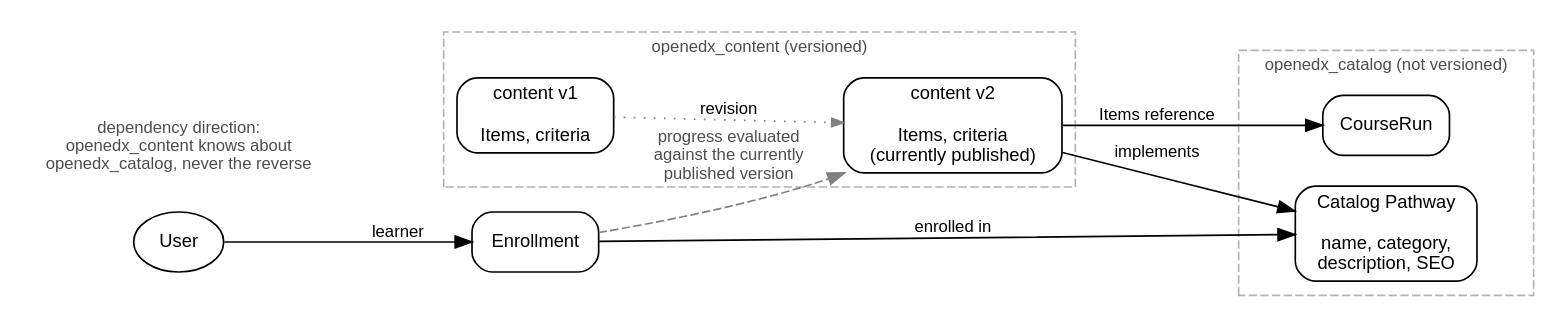
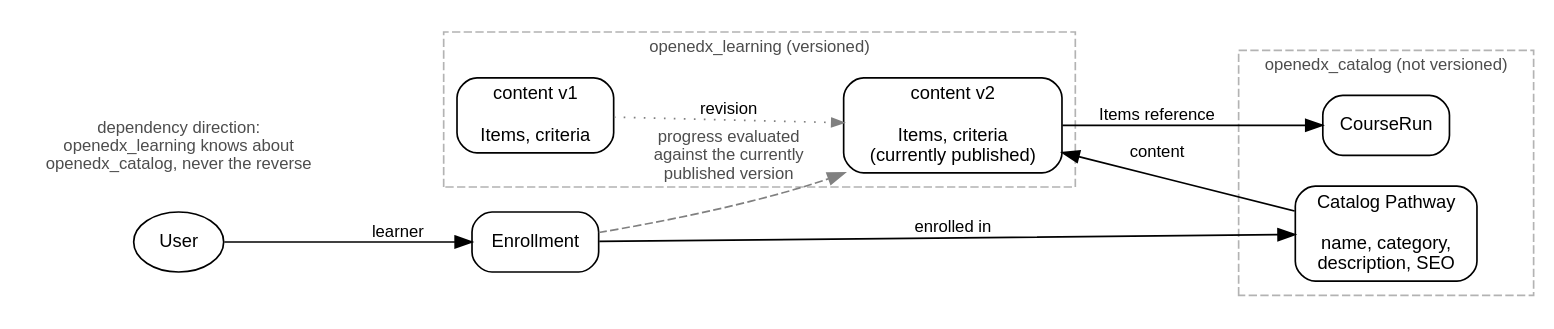
The diagram in docs/openedx_learning/decisions/images/pathway-catalog-content.dot (openedx/openedx-core), drawn with Graphviz before and after one commit. The commit also changed 8 other files, not shown here.

```diff
--- a/docs/openedx_learning/decisions/images/pathway-catalog-content.dot
+++ b/docs/openedx_learning/decisions/images/pathway-catalog-content.dot
@@ -1,40 +1,40 @@
 digraph pathway_catalog_content {
     rankdir=LR;
     fontname="Helvetica";
     compound=true;
     node [shape=box, style=rounded, fontname="Helvetica", fontsize=11];
     edge [fontname="Helvetica", fontsize=10];
 
     subgraph cluster_catalog {
         label="openedx_catalog (not versioned)";
         fontsize=10;
         fontcolor="#4d4d4d";
         style=dashed;
         color="#b3b3b3";
         catalog [label="Catalog Pathway\n\nname, category,\ndescription, SEO"];
         courserun [label="CourseRun"];
     }
 
     subgraph cluster_content {
-        label="openedx_content (versioned)";
+        label="openedx_learning (versioned)";
         fontsize=10;
         fontcolor="#4d4d4d";
         style=dashed;
         color="#b3b3b3";
         v1 [label="content v1\n\nItems, criteria"];
         v2 [label="content v2\n\nItems, criteria\n(currently published)"];
         v1 -> v2 [style=dotted, color="#808080", arrowsize=0.7, label="revision"];
     }
 
     user [label="User", shape=ellipse];
     enrollment [label="Enrollment"];
 
     user -> enrollment [label="learner"];
     enrollment -> catalog [label="enrolled in"];
     enrollment -> v2 [label="progress evaluated\nagainst the currently\npublished version", style=dashed, color="#808080", fontcolor="#4d4d4d"];
 
-    v2 -> catalog [label="implements"];
+    v2 -> catalog [label="content", dir=back];  // arrowhead at v2: the Catalog Pathway points at its content
     v2 -> courserun [label="Items reference"];
 
-    direction [label="dependency direction:\nopenedx_content knows about\nopenedx_catalog, never the reverse", shape=plaintext, fontsize=10, fontcolor="#4d4d4d"];
+    direction [label="dependency direction:\nopenedx_learning knows about\nopenedx_catalog, never the reverse", shape=plaintext, fontsize=10, fontcolor="#4d4d4d"];
 }
```
